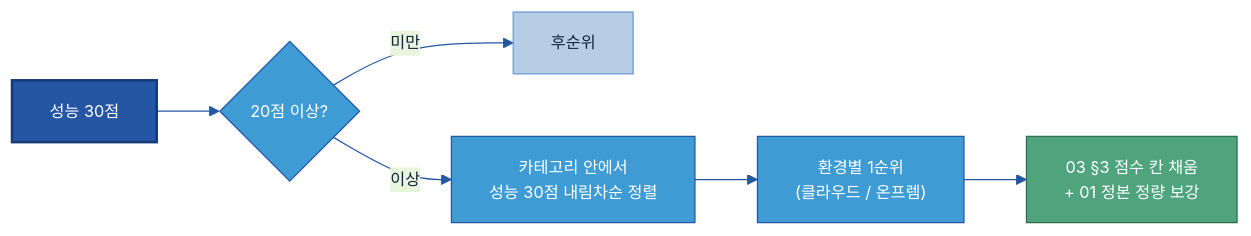
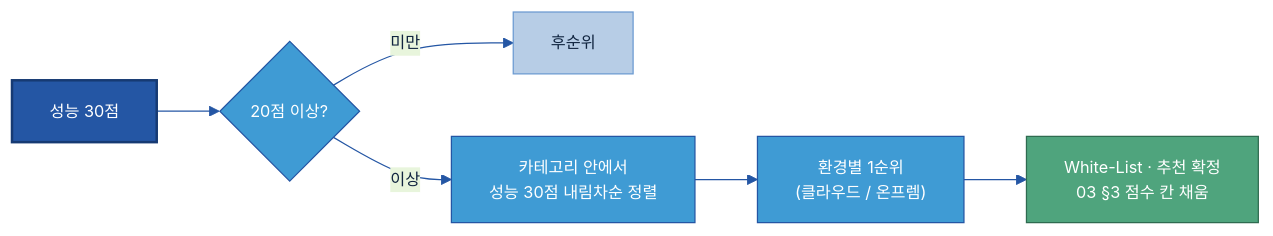
One commit to jin-kearney/ai-ready-data-manual changed the fifth of 6 diagrams in Tech Player/04 Player 평가 실행안 (조사·보안·성능·비용·추천).md. Above: the diagram before and after it, drawn with Mermaid. The commit also changed other lines of this file and 2 other files, not shown here.

First line of the commit message:
docs(Tech Player): 산출을 AXC 리스트 용어로 — 보안 탈락=Black-List, 20점 이상=White-List·추천

````diff
--- a/Tech Player/04 Player 평가 실행안 (조사·보안·성능·비용·추천).md
+++ b/Tech Player/04 Player 평가 실행안 (조사·보안·성능·비용·추천).md
@@ -223,13 +224,13 @@
 ```mermaid
 %%{init: {'theme':'base','themeVariables':{'primaryColor':'#DCE8F5','primaryBorderColor':'#2456A4','primaryTextColor':'#10243f','lineColor':'#2456A4','fontSize':'13px'}}}%%
 flowchart LR
     A["성능 30점"]:::cat --> B{"20점 이상?"}:::gate
     B -->|미만| L["후순위"]:::n
     B -->|이상| C["카테고리 안에서<br/>성능 30점 내림차순 정렬"]:::gate
     C --> D["환경별 1순위<br/>(클라우드 / 온프렘)"]:::gate
-    D --> E["03 §3 점수 칸 채움<br/>+ 01 정본 정량 보강"]:::loop
+    D --> E["White-List · 추천 확정<br/>03 §3 점수 칸 채움"]:::loop
     classDef n fill:#B7CDE6,stroke:#6B9AD1,color:#10243f;
     classDef cat fill:#2456A4,color:#fff,stroke:#163a73,stroke-width:2px;
     classDef gate fill:#3F9BD4,stroke:#2456A4,color:#fff;
     classDef loop fill:#4FA47D,stroke:#2f6b50,color:#fff;
 ```
````
